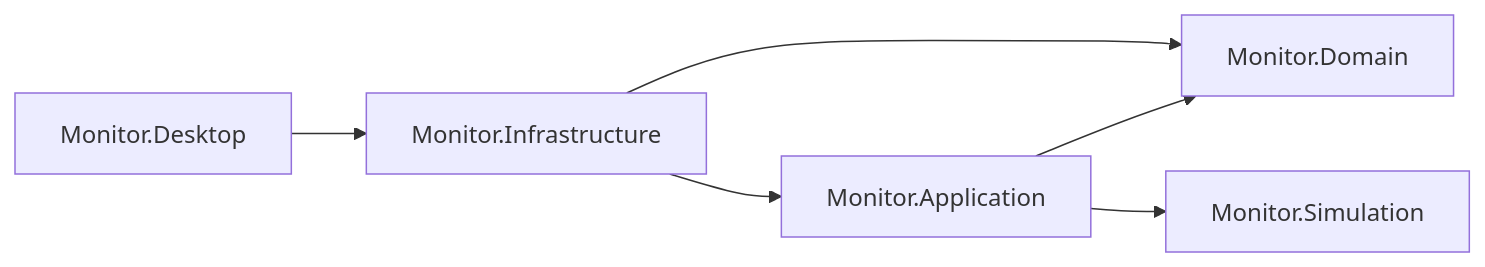
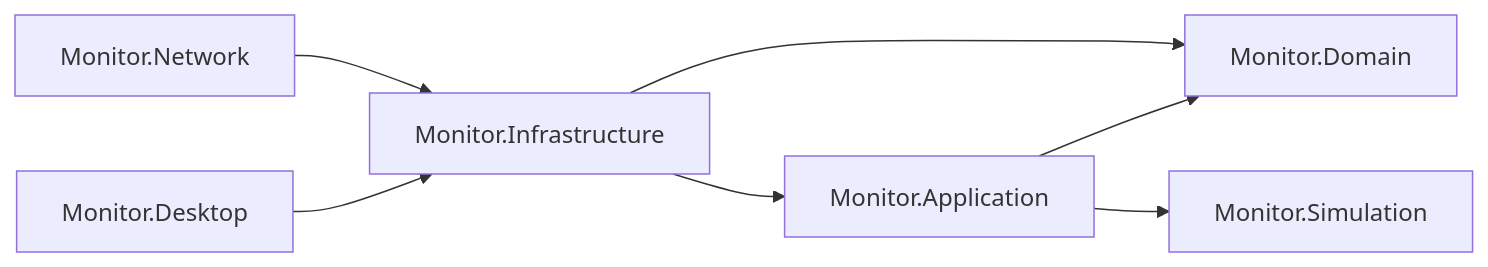
Before and after one commit to OrbisElegy/SiMonitor: the diagram in docs/interfaces/README.md, drawn with Mermaid. The commit also changed other lines of this file and 31 other files, not shown here.

````diff
--- a/docs/interfaces/README.md
+++ b/docs/interfaces/README.md
@@ -32,8 +33,9 @@
 ```mermaid
 flowchart LR
+    Network[Monitor.Network] --> Infrastructure
     Desktop[Monitor.Desktop] --> Infrastructure[Monitor.Infrastructure]
     Infrastructure --> Application[Monitor.Application]
     Infrastructure --> Domain[Monitor.Domain]
     Application --> Domain
     Application --> Simulation[Monitor.Simulation]
 ```
````
